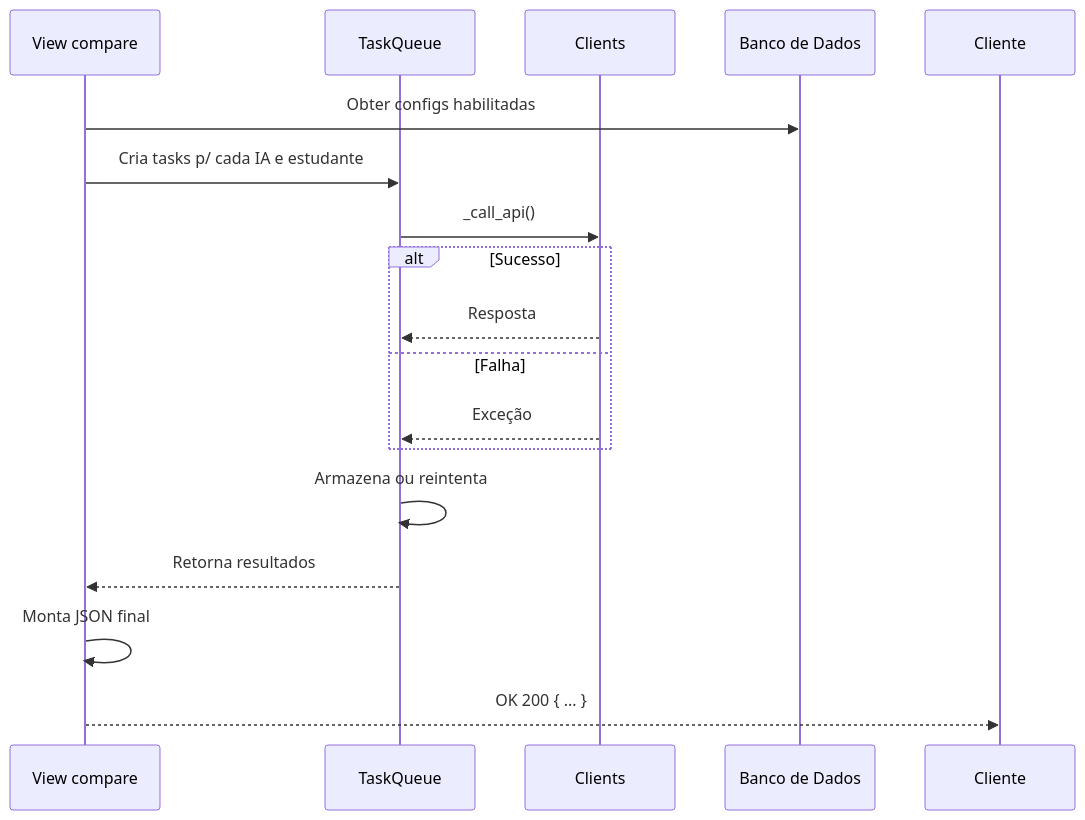
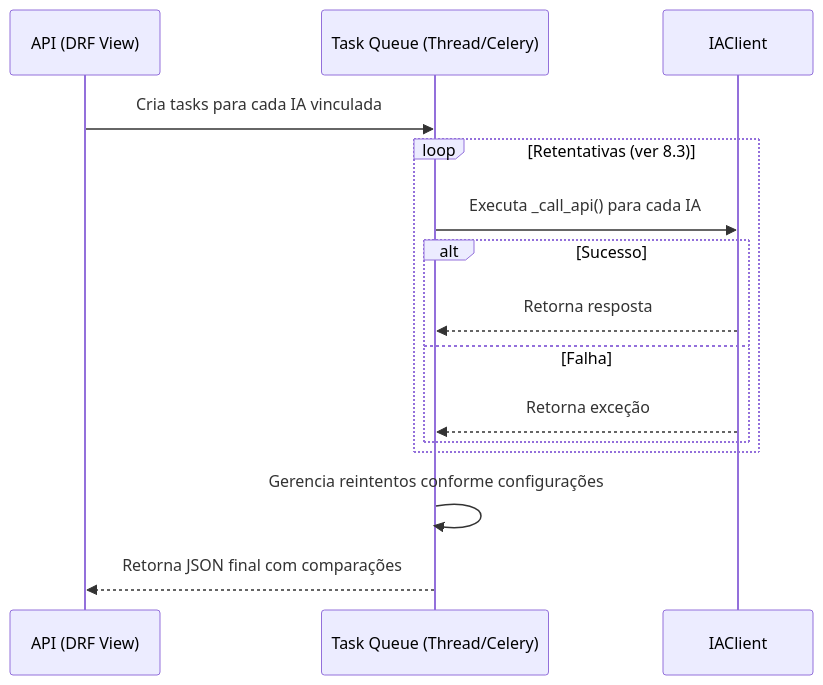
Diagram 17 of 26 in README.md (diegogrosmann/EnsinaNet.AI), drawn with Mermaid before and after one commit. The commit also changed other lines of this file and 117 other files, not shown here.

Commit message:
Adiciona novo aplicativo 'client_version' com modelos, URLs e configurações; remove arquivos de teste e atualiza configurações do projeto.

````diff
--- a/README.md
+++ b/README.md
@@ -934,21 +986,18 @@
 ```mermaid
 sequenceDiagram
-    participant V as View compare
-    participant TQ as TaskQueue
-    participant IA as Clients
-    participant DB as Banco de Dados
+    participant D as API (DRF View)
+    participant TQ as Task Queue (Thread/Celery)
+    participant IA as IAClient
 
-    V->>DB: Obter configs habilitadas
-    V->>TQ: Cria tasks p/ cada IA e estudante
-    TQ->>IA: _call_api()
-    alt Sucesso
-        IA-->>TQ: Resposta
-    else Falha
-        IA-->>TQ: Exceção
+    D->>TQ: Cria tasks para cada IA vinculada
+    loop Retentativas (ver 8.3)
+        TQ->>IA: Executa _call_api() para cada IA
+        alt Sucesso
+            IA-->>TQ: Retorna resposta
+        else Falha
+            IA-->>TQ: Retorna exceção
+        end
     end
-    
-    TQ->>TQ: Armazena ou reintenta
-    TQ-->>V: Retorna resultados
-    V->>V: Monta JSON final
-    V-->>Cliente: OK 200 { ... }
+    TQ->>TQ: Gerencia reintentos conforme configurações
+    TQ-->>D: Retorna JSON final com comparações
 ```
````
